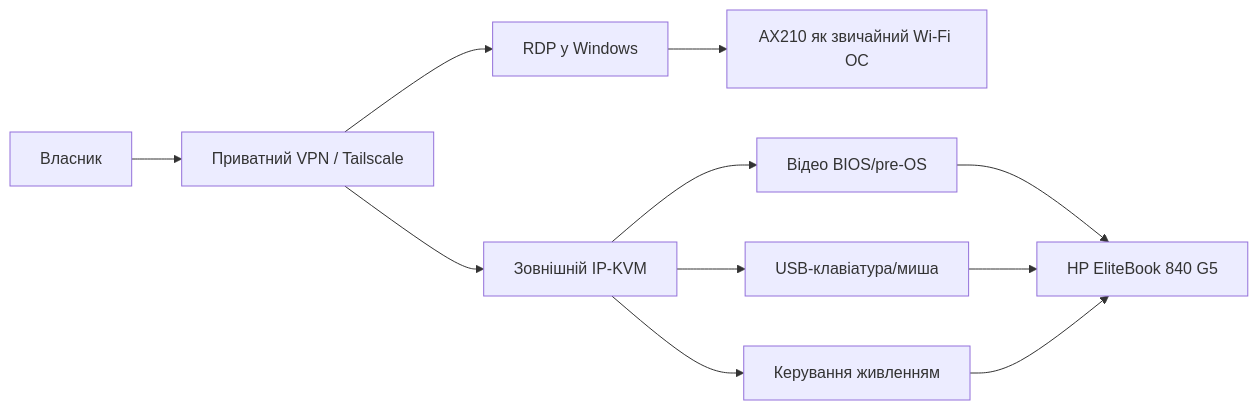
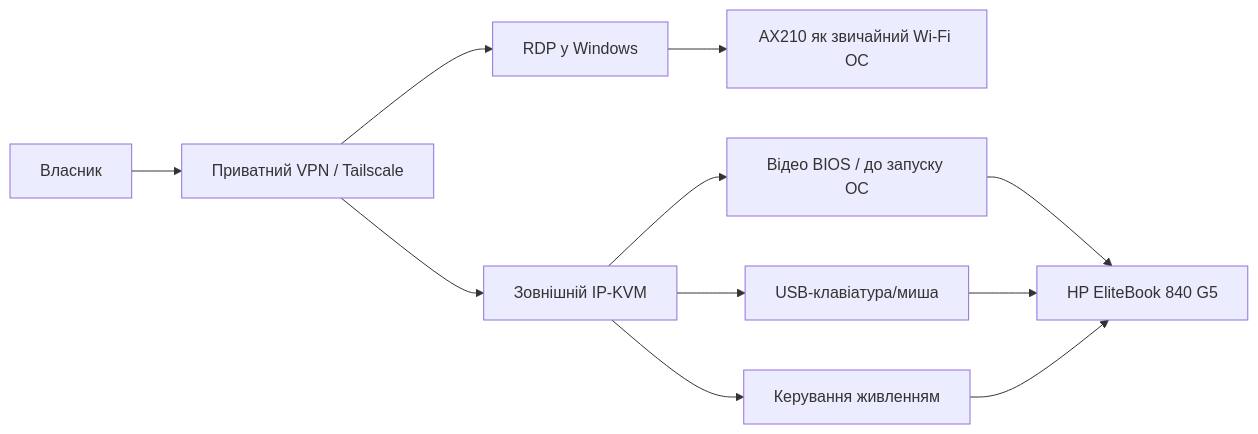
One commit to Tarasevych/hp-elitebook-840-g5-ax210-amt-wifi-compatibility-Ukrainian changed the fifth of 5 diagrams in docs/звіт-сумісності.md. Above: the diagram before and after it, drawn with Mermaid. The commit also changed other lines of this file and 22 other files, not shown here.

````diff
--- a/docs/звіт-сумісності.md
+++ b/docs/звіт-сумісності.md
@@ -279,15 +279,15 @@
 ```mermaid
 flowchart LR
     OWNER["Власник"] --> VPN["Приватний VPN / Tailscale"]
     VPN --> WIN["RDP у Windows"]
     WIN --> AX["AX210 як звичайний Wi-Fi ОС"]
 
     VPN --> KVM["Зовнішній IP-KVM"]
-    KVM --> SCREEN["Відео BIOS/pre-OS"]
+    KVM --> SCREEN["Відео BIOS / до запуску ОС"]
     KVM --> INPUT["USB-клавіатура/миша"]
     KVM --> PWR["Керування живленням"]
 
     SCREEN --> LAP["HP EliteBook 840 G5"]
     INPUT --> LAP
     PWR --> LAP
 ```
````
